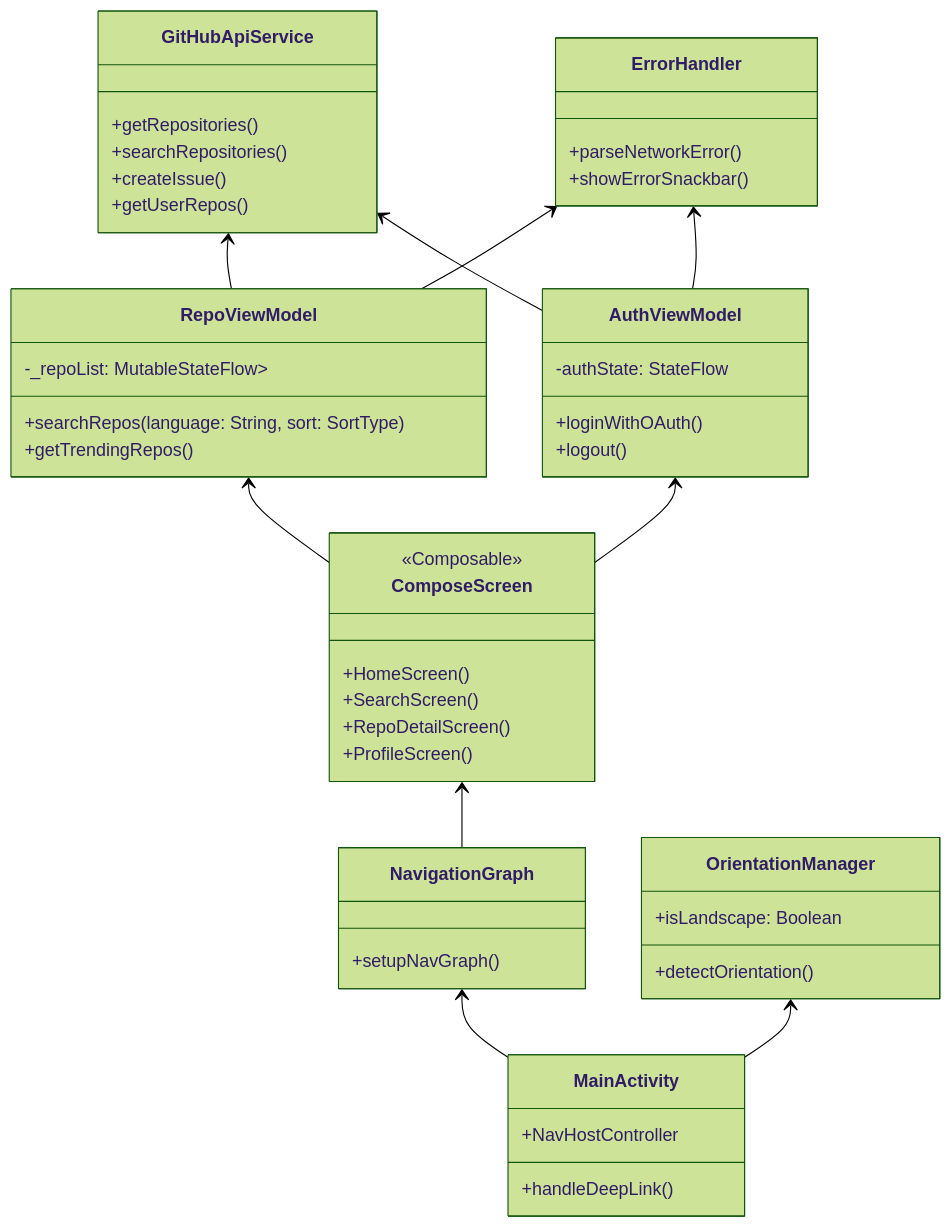
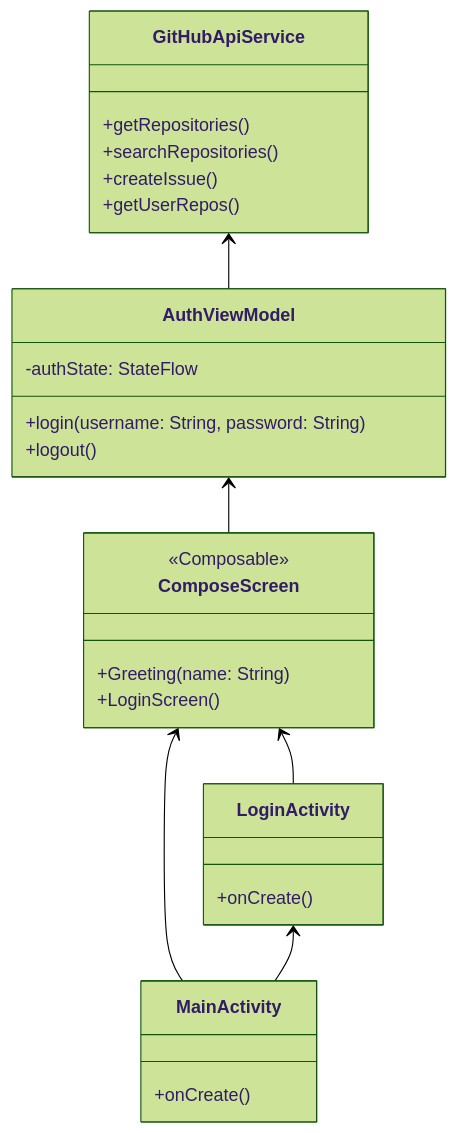
The third of 3 diagrams in umlSampleDesign.md (aCupOfBitterCoffee/GithubPOC), drawn with Mermaid (forest theme) before and after one commit. The commit also changed other lines of this file, not shown here.

Commit message:
Update umlSampleDesign.md
updated my UML

````diff
--- a/umlSampleDesign.md
+++ b/umlSampleDesign.md
@@ -77,61 +77,37 @@
 ```mermaid
 classDiagram
     direction BT
 
     class MainActivity {
-        +NavHostController
-        +handleDeepLink()
+        +onCreate()
+    }
+
+    class LoginActivity {
+        +onCreate()
     }
 
     class AuthViewModel {
         -authState: StateFlow<AuthState>
-        +loginWithOAuth()
+        +login(username: String, password: String)
         +logout()
-    }
-
-    class RepoViewModel {
-        -_repoList: MutableStateFlow<List<Repo>>
-        +searchRepos(language: String, sort: SortType)
-        +getTrendingRepos()
     }
 
     class GitHubApiService {
         +getRepositories()
         +searchRepositories()
         +createIssue()
         +getUserRepos()
     }
 
     class ComposeScreen {
         <<Composable>>
-        +HomeScreen()
-        +SearchScreen()
-        +RepoDetailScreen()
-        +ProfileScreen()
+        +Greeting(name: String)
+        +LoginScreen()
     }
 
-    class NavigationGraph {
-        +setupNavGraph()
-    }
-
-    class ErrorHandler {
-        +parseNetworkError()
-        +showErrorSnackbar()
-    }
-
-    class OrientationManager {
-        +isLandscape: Boolean
-        +detectOrientation()
-    }
-
-    MainActivity --> NavigationGraph
-    MainActivity --> OrientationManager
-    ComposeScreen --> RepoViewModel
+    MainActivity --> LoginActivity
+    MainActivity --> ComposeScreen
+    LoginActivity --> ComposeScreen
     ComposeScreen --> AuthViewModel
-    RepoViewModel --> GitHubApiService
     AuthViewModel --> GitHubApiService
-    RepoViewModel --> ErrorHandler
-    AuthViewModel --> ErrorHandler
-    NavigationGraph --> ComposeScreen
-
 ```
````
